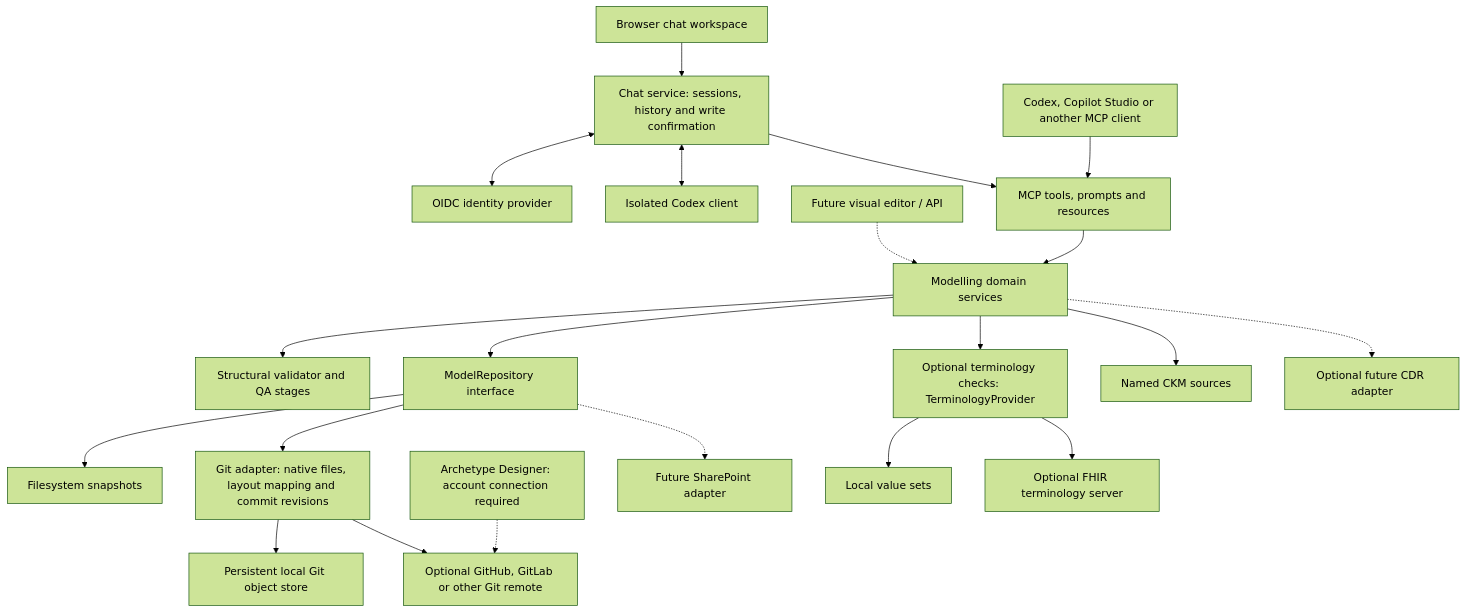
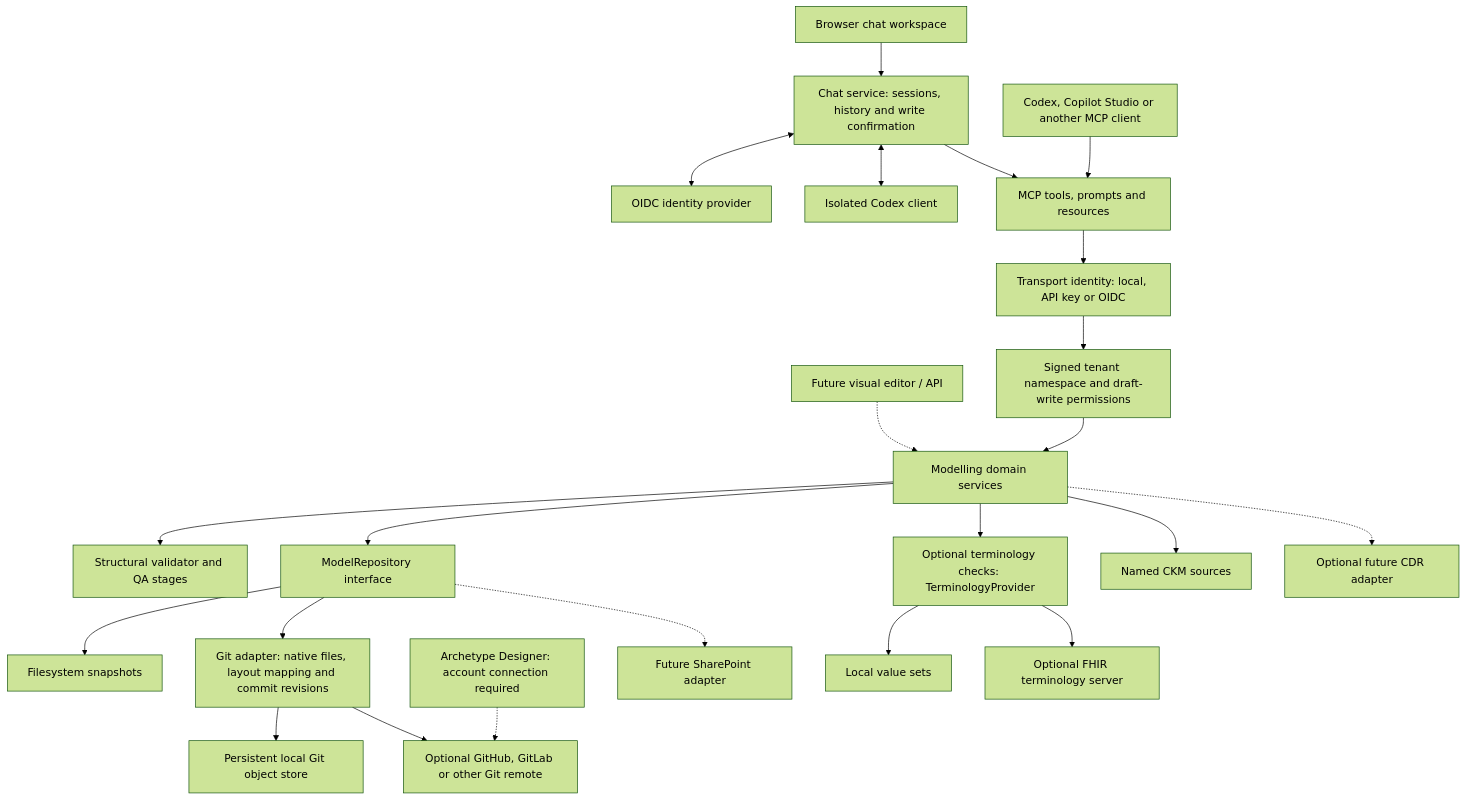
One commit to CzarMich/openehr-modelling-assistant changed the diagram in docs/ARCHITECTURE.md. Above: the diagram before and after it, drawn with Mermaid (forest theme). The commit also changed other lines of this file and 44 other files, not shown here.

Commit message:
feat(identity): complete native OIDC and isolated tenant access

````diff
--- a/docs/ARCHITECTURE.md
+++ b/docs/ARCHITECTURE.md
@@ -5,23 +5,25 @@
 ```mermaid
 flowchart TB
     Browser[Browser chat workspace] --> Chat[Chat service: sessions, history and write confirmation]
     Chat <--> Identity[OIDC identity provider]
     Chat <--> Codex[Isolated Codex client]
     Chat --> MCP[MCP tools, prompts and resources]
     AI[Codex, Copilot Studio or another MCP client] --> MCP[MCP tools, prompts and resources]
     UI[Future visual editor / API] -.-> Core[Modelling domain services]
-    MCP --> Core
+    MCP --> Auth[Transport identity: local, API key or OIDC]
+    Auth --> Scope[Signed tenant namespace and draft-write permissions]
+    Scope --> Core
     Core --> Validation[Structural validator and QA stages]
     Core --> Repository[ModelRepository interface]
     Repository --> FS[Filesystem snapshots]
     Repository --> Git[Git adapter: native files, layout mapping and commit revisions]
     Git --> Cache[Persistent local Git object store]
     Git --> Remote[Optional GitHub, GitLab or other Git remote]
     Designer[Archetype Designer: account connection required] -.-> Remote
     Repository -.-> SP[Future SharePoint adapter]
     Core --> Terms[Optional terminology checks: TerminologyProvider]
     Terms --> Local[Local value sets]
     Terms --> FHIR[Optional FHIR terminology server]
     Core --> CKM[Named CKM sources]
     Core -.-> CDR[Optional future CDR adapter]
 ```
````
